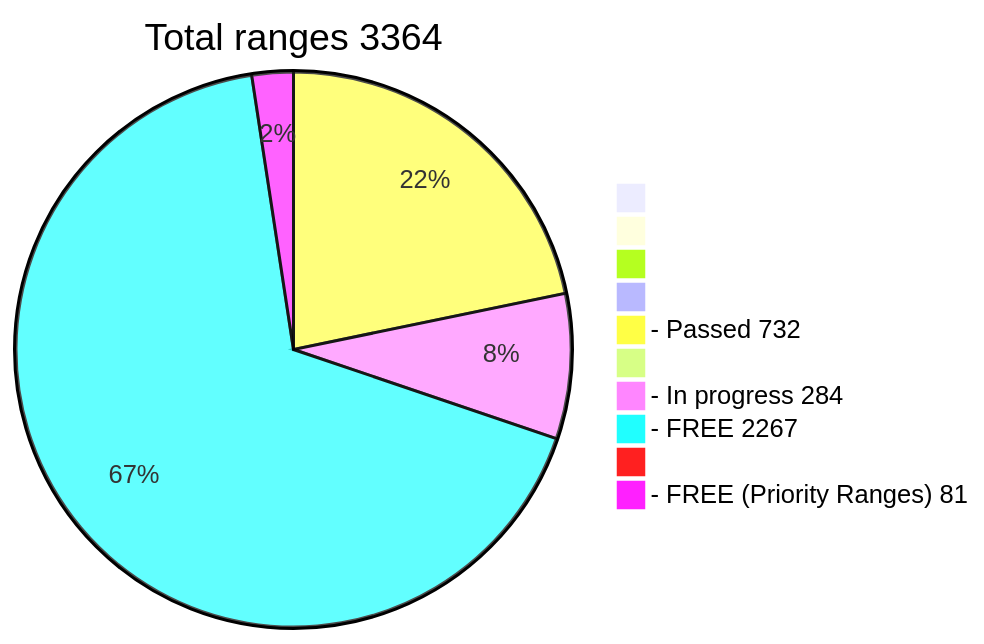
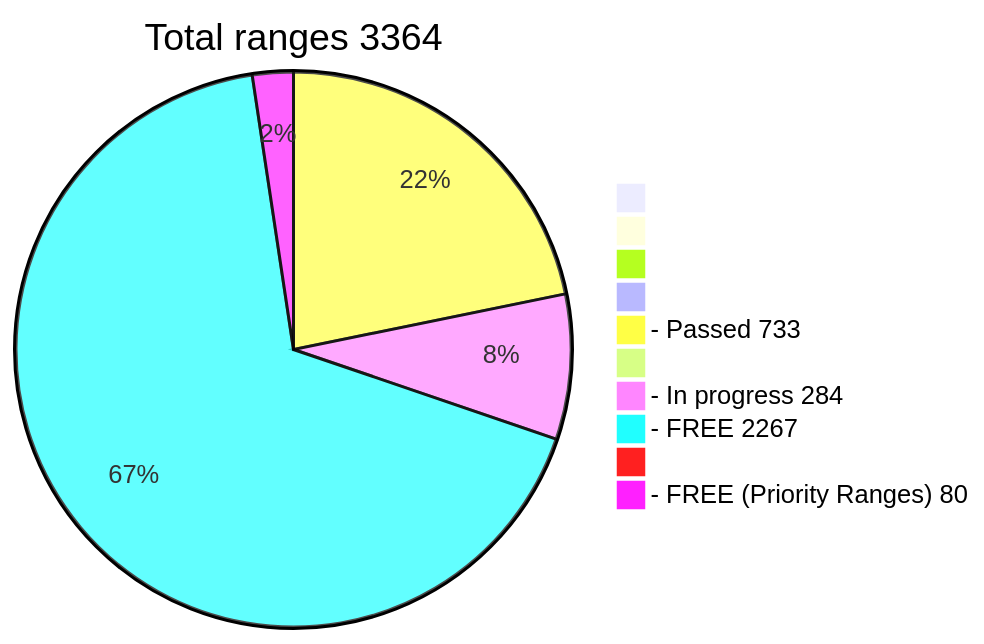
One commit to phrutis/wif500 changed the diagram in README.md. Above: the diagram before and after it, drawn with Mermaid.

````diff
--- a/README.md
+++ b/README.md
@@ -16,13 +16,13 @@
 ```mermaid
 pie title Total ranges 3364
              " " : 0
             "  " : 0
            "   " : 0
           "    " : 0
-  "- Passed 732" : 732
+  "- Passed 733" : 733
          "     " : 0
   "- In progress 284" : 284
    "- FREE 2267" : 2267
         "      " : 0
-  "- FREE (Priority Ranges) 81" : 81
+  "- FREE (Priority Ranges) 80" : 80
 ```
````
